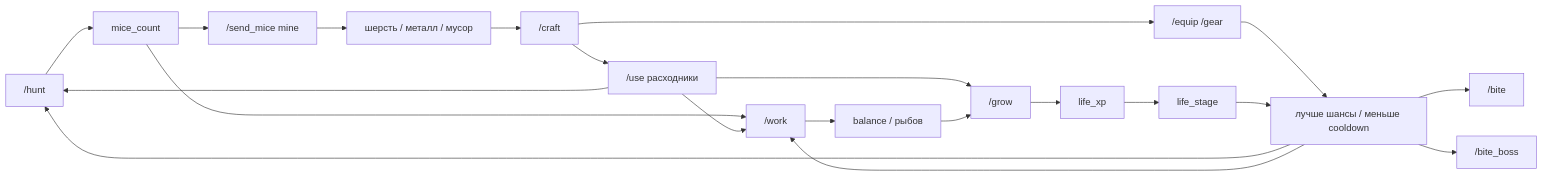
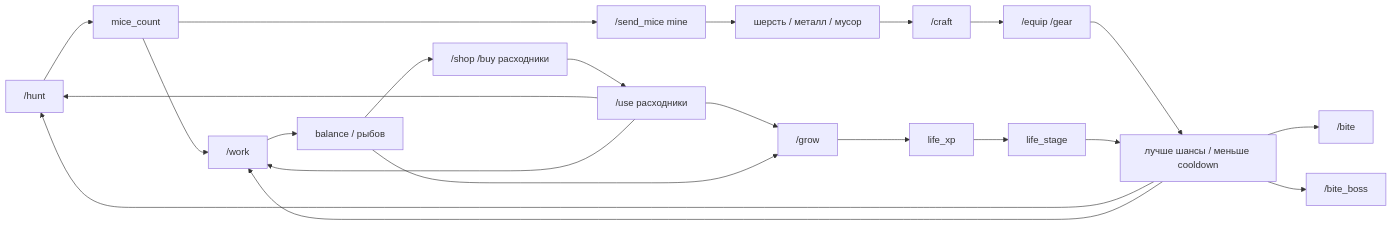
One commit to jobesjoestarReserve/catsyndicate_bot changed the second of 3 diagrams in docs/project_diagram.md. Above: the diagram before and after it, drawn with Mermaid. The commit also changed other lines of this file and 19 other files, not shown here.

````diff
--- a/docs/project_diagram.md
+++ b/docs/project_diagram.md
@@ -88,23 +99,24 @@
 ```mermaid
 flowchart LR
     HUNT["/hunt"] --> MICE["mice_count"]
     MICE --> WORK["/work"]
     MICE --> MINE["/send_mice mine"]
     WORK --> FISH["balance / рыбов"]
     MINE --> RES["шерсть / металл / мусор"]
     RES --> CRAFT["/craft"]
     CRAFT --> GEAR["/equip /gear"]
-    CRAFT --> BUFFS["/use расходники"]
+    FISH --> SHOP["/shop /buy расходники"]
+    SHOP --> BUFFS["/use расходники"]
     GEAR --> POWER
     BUFFS --> GROW
     BUFFS --> HUNT
     BUFFS --> WORK
     FISH --> GROW["/grow"]
     GROW --> XP["life_xp"]
     XP --> LIFE["life_stage"]
     LIFE --> POWER["лучше шансы / меньше cooldown"]
     POWER --> HUNT
     POWER --> WORK
     POWER --> BITE["/bite"]
     POWER --> BOSS["/bite_boss"]
 ```
````
